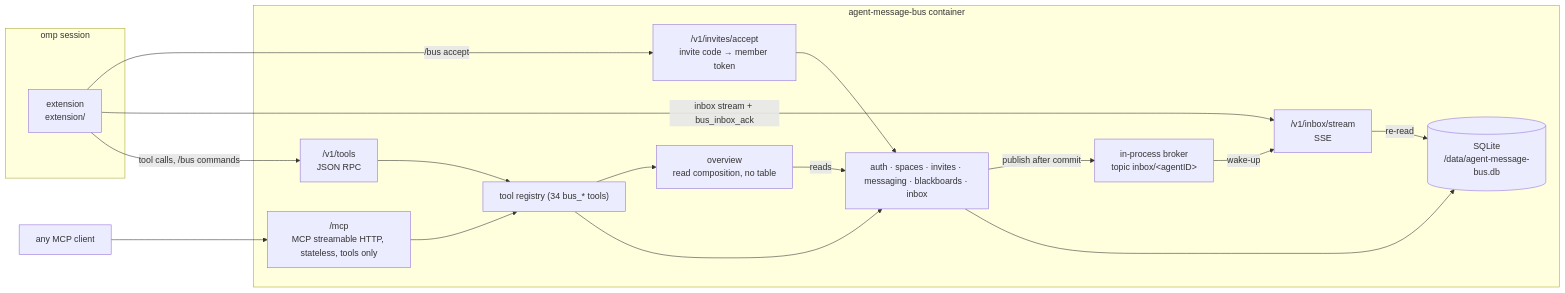
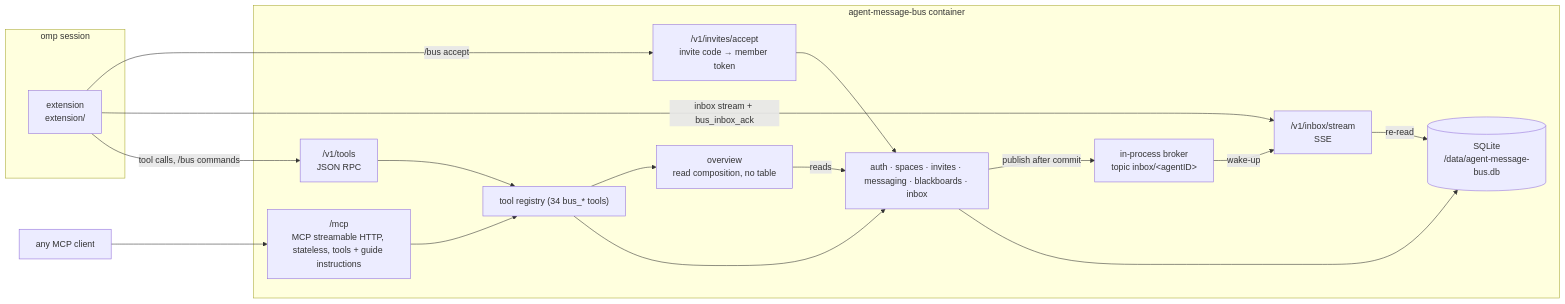
Before and after one commit to till-muellers/agent-message-bus: the diagram in server/spec/README.md, drawn with Mermaid. The commit also changed other lines of this file and 15 other files, not shown here.

Commit message:
feat(guide): serve the agent guide as MCP instructions, GET /v1/guide and in TOOLS.md (slice 11) (#30)

````diff
--- a/server/spec/README.md
+++ b/server/spec/README.md
@@ -11,31 +11,31 @@
 ```mermaid
 flowchart LR
   subgraph omp["omp session"]
     ext["extension<br/>extension/"]
   end
   subgraph container["agent-message-bus container"]
-    mcp["/mcp<br/>MCP streamable HTTP, stateless, tools only"]
+    mcp["/mcp<br/>MCP streamable HTTP, stateless, tools + guide instructions"]
     rpc["/v1/tools<br/>JSON RPC"]
     sse["/v1/inbox/stream<br/>SSE"]
     acc["/v1/invites/accept<br/>invite code → member token"]
     reg["tool registry (34 bus_* tools)"]
     ov["overview<br/>read composition, no table"]
     feat["auth · spaces · invites · messaging · blackboards · inbox"]
     broker["in-process broker<br/>topic inbox/&lt;agentID&gt;"]
     db[("SQLite<br/>/data/agent-message-bus.db")]
   end
   mcpclient["any MCP client"] --> mcp
   ext -- "tool calls, /bus commands" --> rpc
   ext -- "inbox stream + bus_inbox_ack" --> sse
   ext -- "/bus accept" --> acc
   acc --> feat
   mcp --> reg
   rpc --> reg
   reg --> feat
   reg --> ov
   ov -- "reads" --> feat
   feat --> db
   feat -- "publish after commit" --> broker
   broker -- "wake-up" --> sse
   sse -- "re-read" --> db
 ```
````
